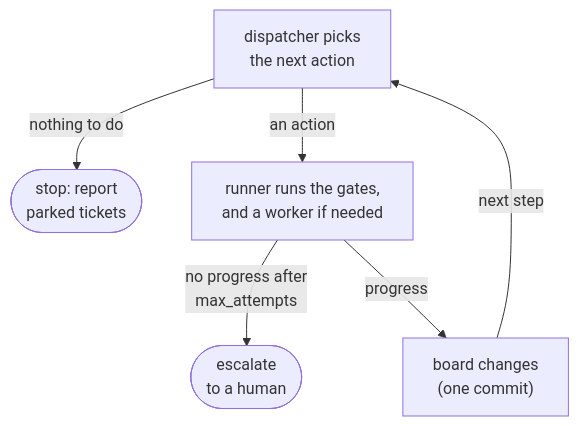
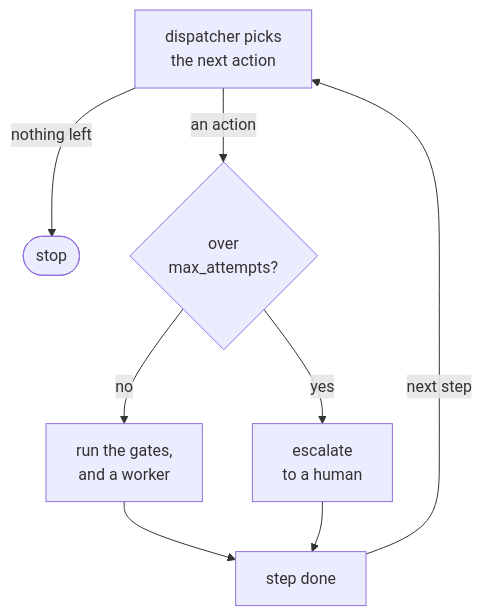
One commit to HeWhoRoams/Kahnban changed the sixth of 9 diagrams in docs/how-it-works.md. Above: the diagram before and after it, drawn with Mermaid. The commit also changed other lines of this file and 1 other file, not shown here.

First line of the commit message:
docs: make the gate diagrams match the engine

````diff
--- a/docs/how-it-works.md
+++ b/docs/how-it-works.md
@@ -176,14 +181,16 @@
 ```mermaid
 ---
 config:
   flowchart:
     useMaxWidth: false
 ---
 flowchart TD
   pick["dispatcher picks<br/>the next action"]
-  pick -->|nothing to do| idle(["stop: report<br/>parked tickets"])
-  pick -->|an action| act["runner runs the gates,<br/>and a worker if needed"]
-  act -->|"no progress after<br/>max_attempts"| esc(["escalate<br/>to a human"])
-  act -->|progress| commit["board changes<br/>(one commit)"]
-  commit -->|next step| pick
+  pick -->|nothing left| idle(["stop"])
+  pick -->|an action| tries{"over<br/>max_attempts?"}
+  tries -->|yes| esc["escalate<br/>to a human"]
+  tries -->|no| act["run the gates,<br/>and a worker"]
+  act --> step["step done"]
+  esc --> step
+  step -->|next step| pick
 ```
````
